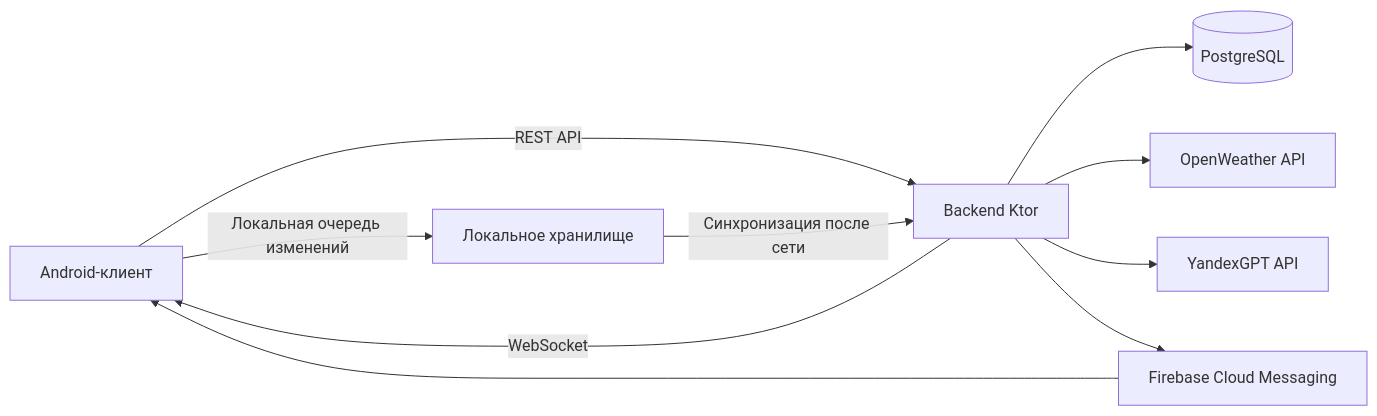
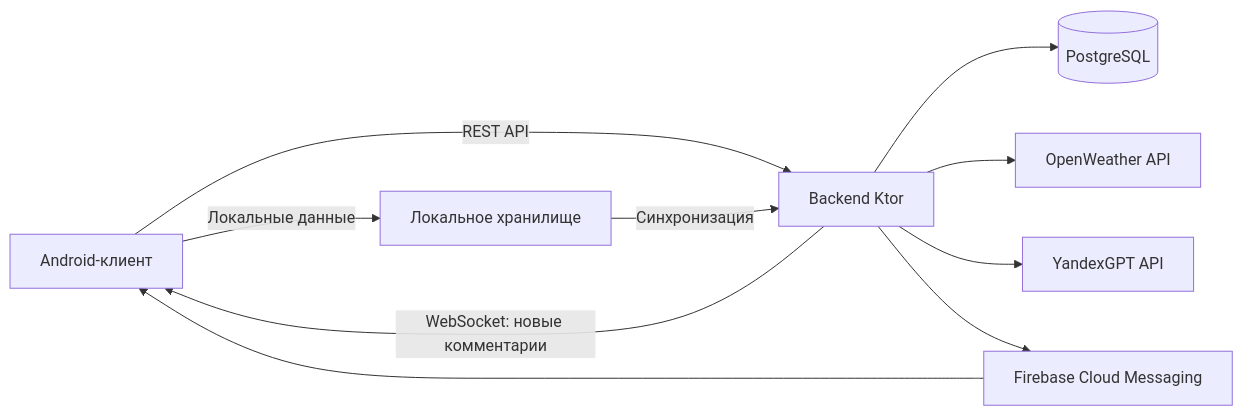
One commit to ilya-nvk/cotrip changed the first of 2 diagrams in docs/presentation/defense_slides_script.md. Above: the diagram before and after it, drawn with Mermaid. The commit also changed other lines of this file, not shown here.

````diff
--- a/docs/presentation/defense_slides_script.md
+++ b/docs/presentation/defense_slides_script.md
@@ -77,12 +95,12 @@
 ```mermaid
 flowchart LR
     A[Android-клиент] -->|REST API| B[Backend Ktor]
-    A -->|Локальная очередь изменений| C[Локальное хранилище]
-    C -->|Синхронизация после сети| B
+    A -->|Локальные данные| C[Локальное хранилище]
+    C -->|Синхронизация| B
     B --> D[(PostgreSQL)]
     B --> E[OpenWeather API]
     B --> F[YandexGPT API]
     B --> G[Firebase Cloud Messaging]
     G --> A
-    B -->|WebSocket| A
+    B -->|WebSocket: новые комментарии| A
 ```
````
